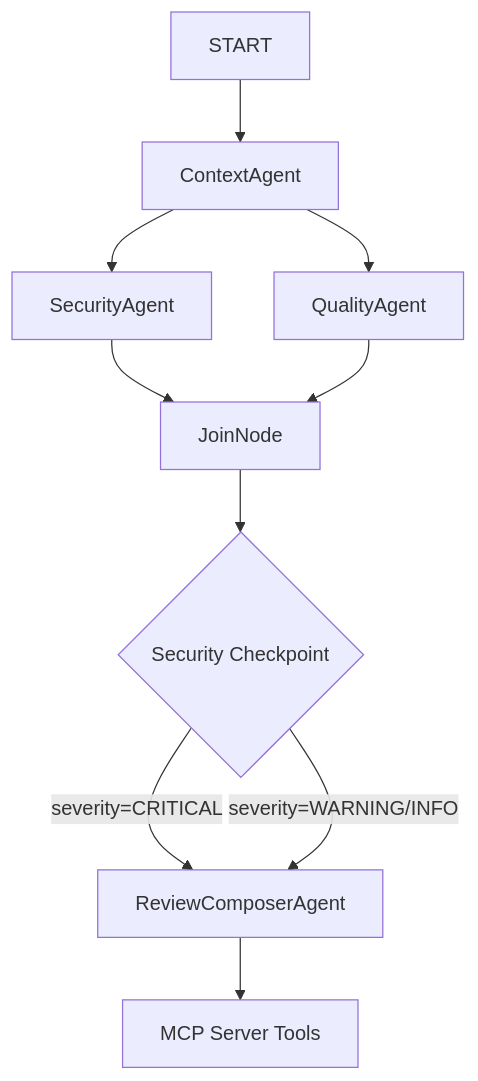
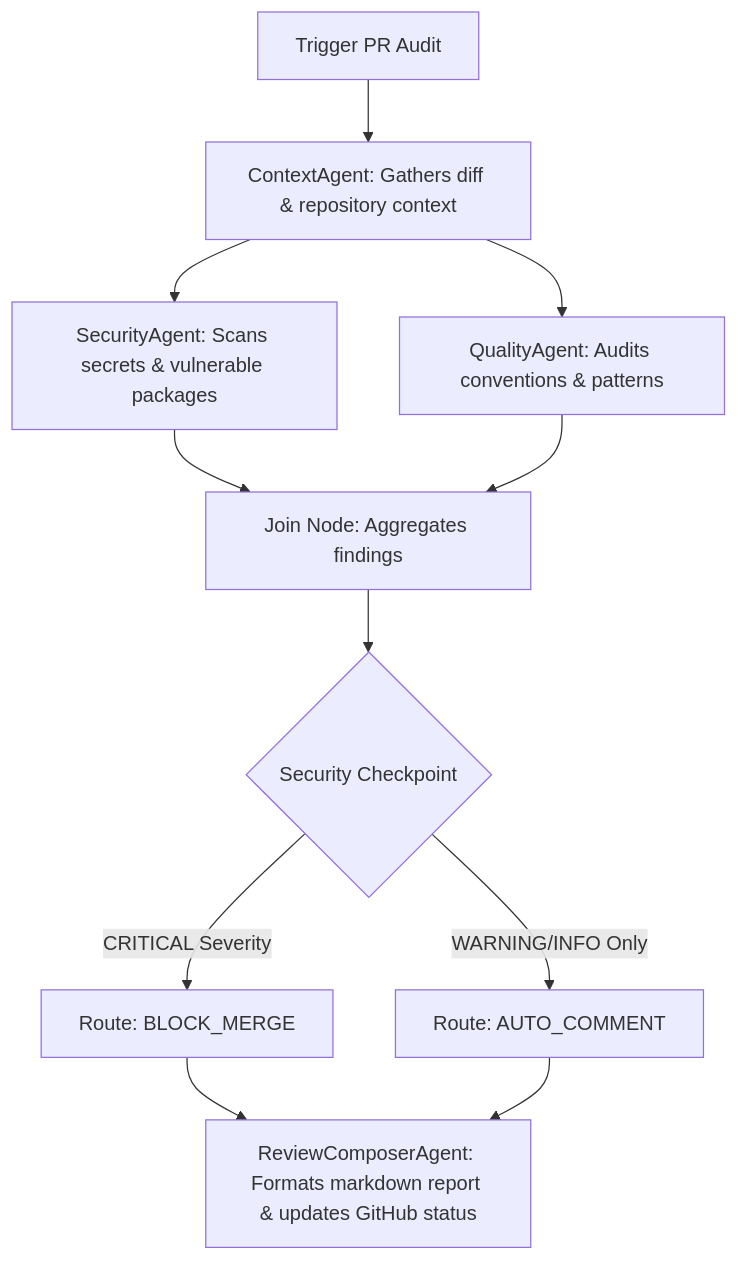
Before and after one commit to ashrafulhaque/pr-gatekeeper: the diagram in README.md, drawn with Mermaid. The commit also changed other lines of this file, not shown here.

Commit message:
docs: update README with professional portfolio description and architecture details

````diff
--- a/README.md
+++ b/README.md
@@ -34,12 +32,13 @@
 ```mermaid
 graph TD
-    START[START] --> ContextAgent
-    ContextAgent --> SecurityAgent
-    ContextAgent --> QualityAgent
-    SecurityAgent --> join_audits[JoinNode]
-    QualityAgent --> join_audits
-    join_audits --> security_checkpoint{Security Checkpoint}
-    security_checkpoint -->|severity=CRITICAL| composer_phase[ReviewComposerAgent]
-    security_checkpoint -->|severity=WARNING/INFO| composer_phase
-    composer_phase --> MCP[MCP Server Tools]
+    START[Trigger PR Audit] --> ContextAgent[ContextAgent: Gathers diff & repository context]
+    ContextAgent --> SecurityAgent[SecurityAgent: Scans secrets & vulnerable packages]
+    ContextAgent --> QualityAgent[QualityAgent: Audits conventions & patterns]
+    SecurityAgent --> JoinNode[Join Node: Aggregates findings]
+    QualityAgent --> JoinNode
+    JoinNode --> Checkpoint{Security Checkpoint}
+    Checkpoint -->|CRITICAL Severity| BlockMerge[Route: BLOCK_MERGE]
+    Checkpoint -->|WARNING/INFO Only| AutoComment[Route: AUTO_COMMENT]
+    BlockMerge --> Composer[ReviewComposerAgent: Formats markdown report & updates GitHub status]
+    AutoComment --> Composer
 ```
````
